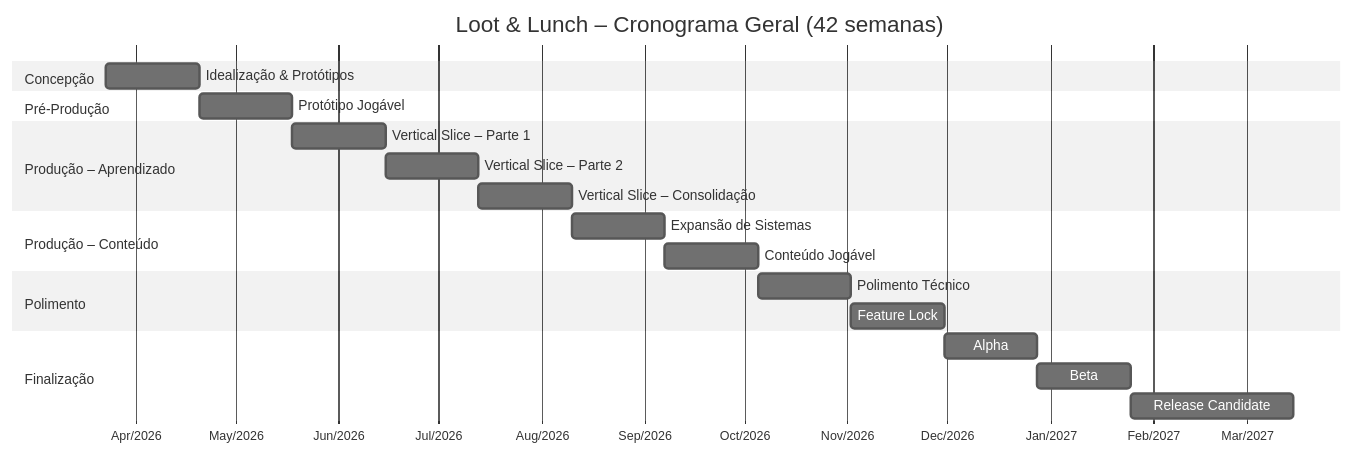
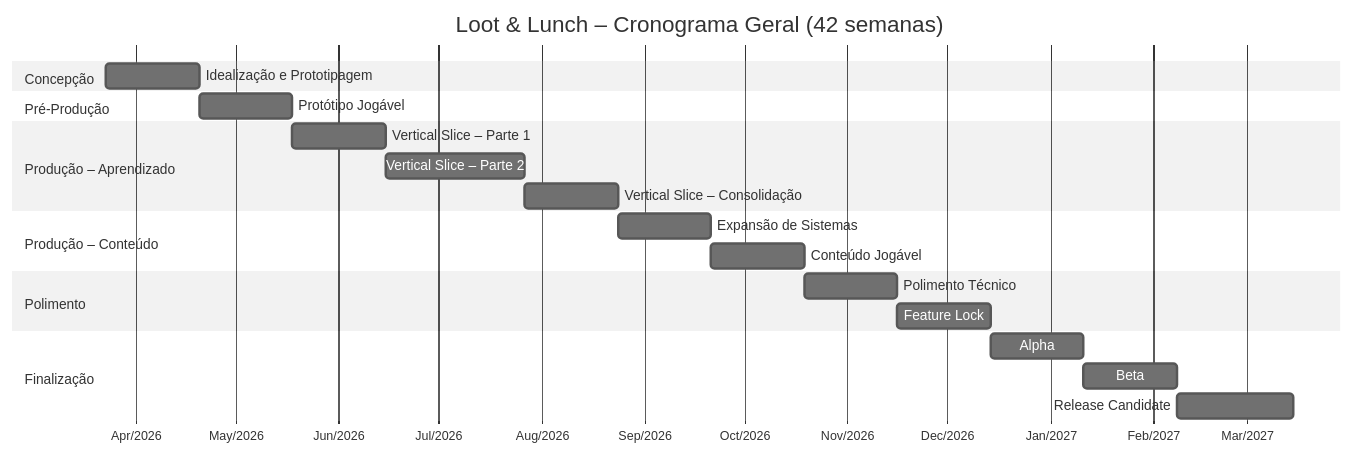
The diagram in rascunho_planejamento.mmd (GameLab-UERJ/Loot-Lunch), drawn with Mermaid (neutral theme) before and after one commit.

```diff
--- a/rascunho_planejamento.mmd
+++ b/rascunho_planejamento.mmd
@@ -1,28 +1,28 @@
 gantt
     title Loot & Lunch – Cronograma Geral (42 semanas)
     dateFormat  YYYY-MM-DD
     axisFormat  %b/%Y
 
     section Concepção
-    Idealização & Protótipos                :c1, 2026-03-23, 4w
+    Idealização e Prototipagem          :c1, 2026-03-23, 4w
 
     section Pré-Produção
     Protótipo Jogável                   :p1, after c1, 4w
 
     section Produção – Aprendizado
     Vertical Slice – Parte 1            :vs1, after p1, 4w
-    Vertical Slice – Parte 2            :vs2, after vs1, 4w
+    Vertical Slice – Parte 2            :vs2, after vs1, 6w
     Vertical Slice – Consolidação       :vs3, after vs2, 4w
 
     section Produção – Conteúdo
     Expansão de Sistemas                :sys, after vs3, 4w
     Conteúdo Jogável                    :cont, after sys, 4w
 
     section Polimento
     Polimento Técnico                   :pol, after cont, 4w
     Feature Lock                        :lock, after pol, 4w
 
     section Finalização
     Alpha                               :alpha, after lock, 4w
     Beta                                :beta, after alpha, 4w
-    Release Candidate                   :rc, after beta, 7w
+    Release Candidate                   :rc, after beta, 5w
```
